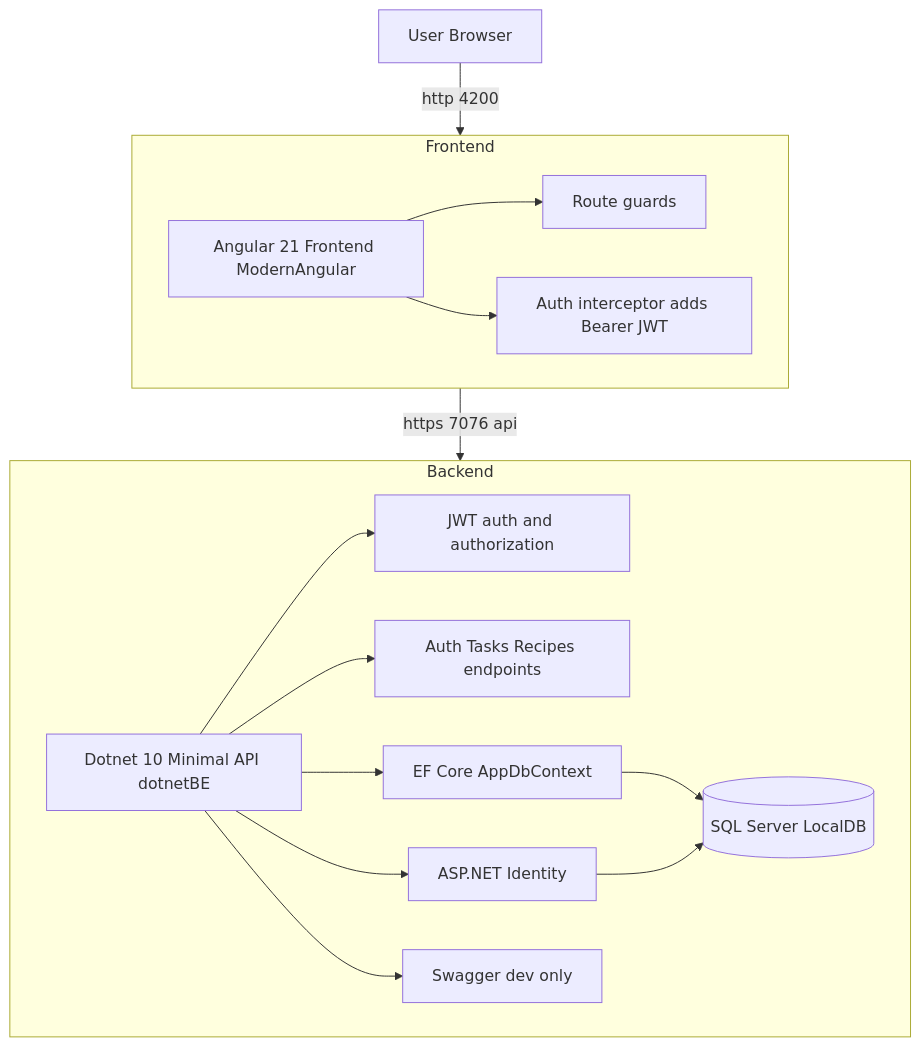
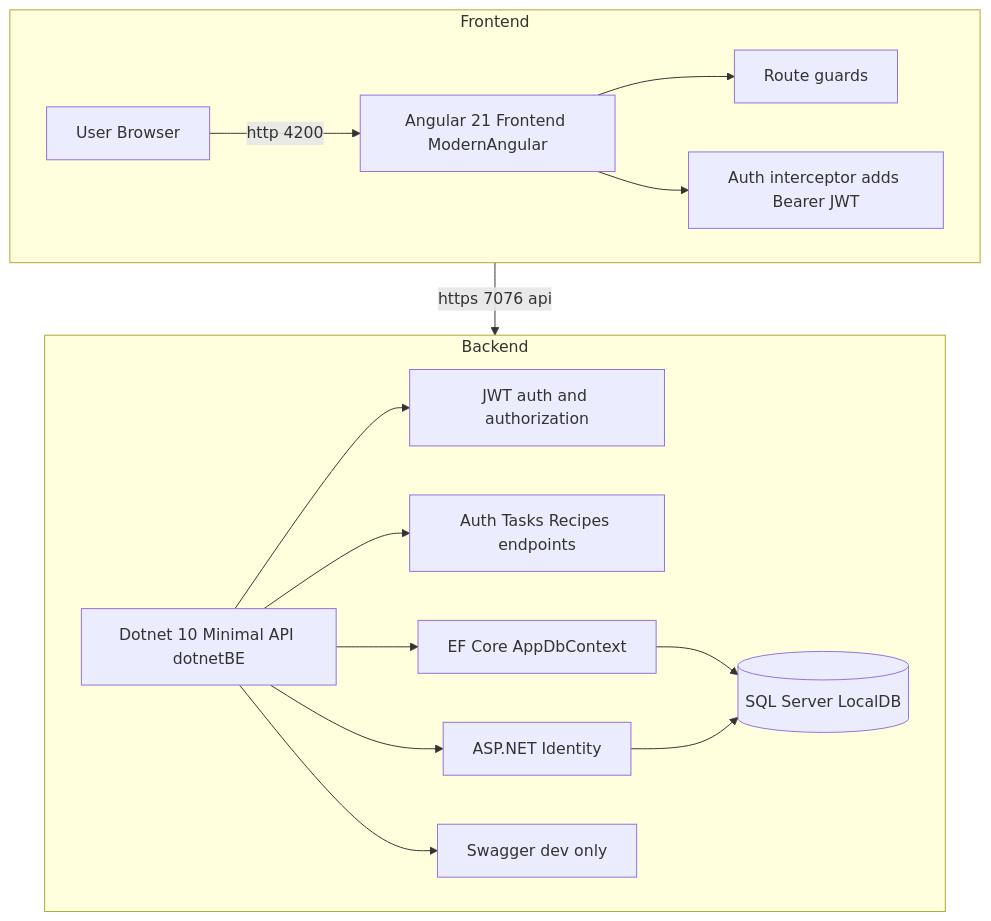
One commit to 24-KGC/IntershipDotNetAngular changed the diagram in README.md. Above: the diagram before and after it, drawn with Mermaid.

Commit message:
Fix diagram indentation in README.md

````diff
--- a/README.md
+++ b/README.md
@@ -7,23 +7,22 @@
 ```mermaid
 flowchart TB
-  U[User Browser] -->|http 4200| SPA[Angular 21 Frontend ModernAngular]
-
   subgraph FE[Frontend]
     direction LR
+    U[User Browser] -->|http 4200| SPA[Angular 21 Frontend ModernAngular]
     SPA --> GUARDS[Route guards]
     SPA --> INT[Auth interceptor adds Bearer JWT]
   end
 
   SPA -->|https 7076 api| API[Dotnet 10 Minimal API dotnetBE]
 
   subgraph BE[Backend]
     direction LR
     API --> AUTHMW[JWT auth and authorization]
     API --> EP[Auth Tasks Recipes endpoints]
     API --> EF[EF Core AppDbContext]
     API --> ID[ASP.NET Identity]
     EF --> DB[(SQL Server LocalDB)]
     ID --> DB
     API --> SWAGGER[Swagger dev only]
   end
 ```
````
